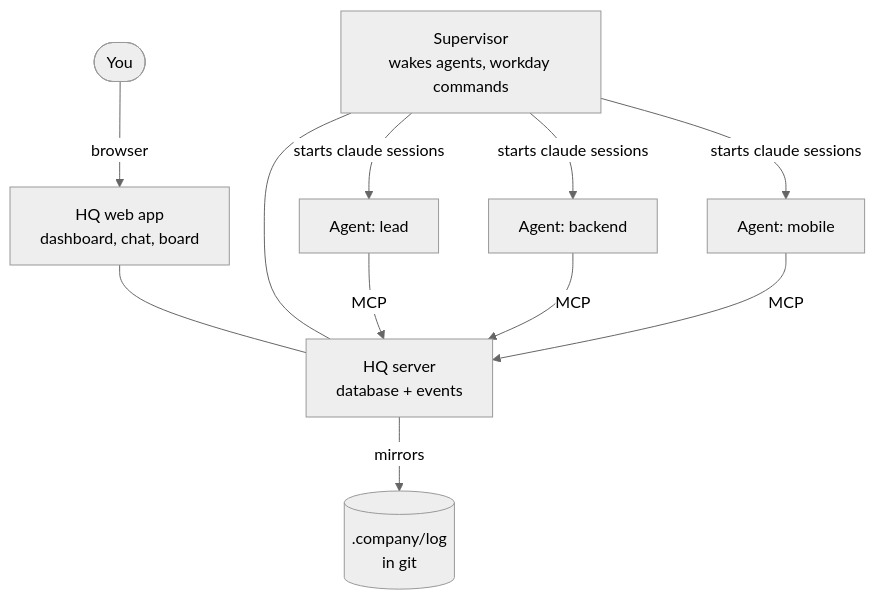
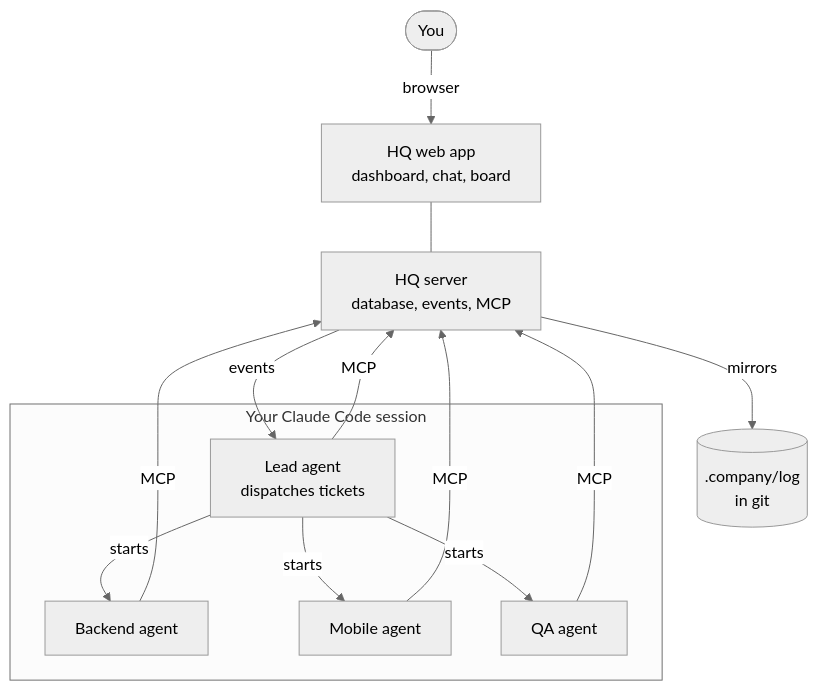
One commit to lokkrish/madcompany changed the second of 2 diagrams in docs/SPEC.md. Above: the diagram before and after it, drawn with Mermaid (neutral theme). The commit also changed other lines of this file and 1 other file, not shown here.

First line of the commit message:
Spec v0.2: run inside the host, safety, environments, open source

````diff
--- a/docs/SPEC.md
+++ b/docs/SPEC.md
@@ -228,13 +289,20 @@
 ```mermaid
 flowchart TB
   you([You]) -- browser --> ui[HQ web app<br/>dashboard, chat, board]
-  ui --- hq[HQ server<br/>database + events]
-  sup[Supervisor<br/>wakes agents, workday commands] --- hq
-  sup -- starts claude sessions --> lead[Agent: lead]
-  sup -- starts claude sessions --> be[Agent: backend]
-  sup -- starts claude sessions --> mob[Agent: mobile]
+  ui --- hq[HQ server<br/>database, events, MCP]
+  subgraph host[Your Claude Code session]
+    lead[Lead agent<br/>dispatches tickets]
+    be[Backend agent]
+    mob[Mobile agent]
+    qa[QA agent]
+  end
+  hq -- events --> lead
+  lead -- starts --> be
+  lead -- starts --> mob
+  lead -- starts --> qa
   lead -- MCP --> hq
   be -- MCP --> hq
   mob -- MCP --> hq
+  qa -- MCP --> hq
   hq -- mirrors --> files[(.company/log<br/>in git)]
 ```
````
